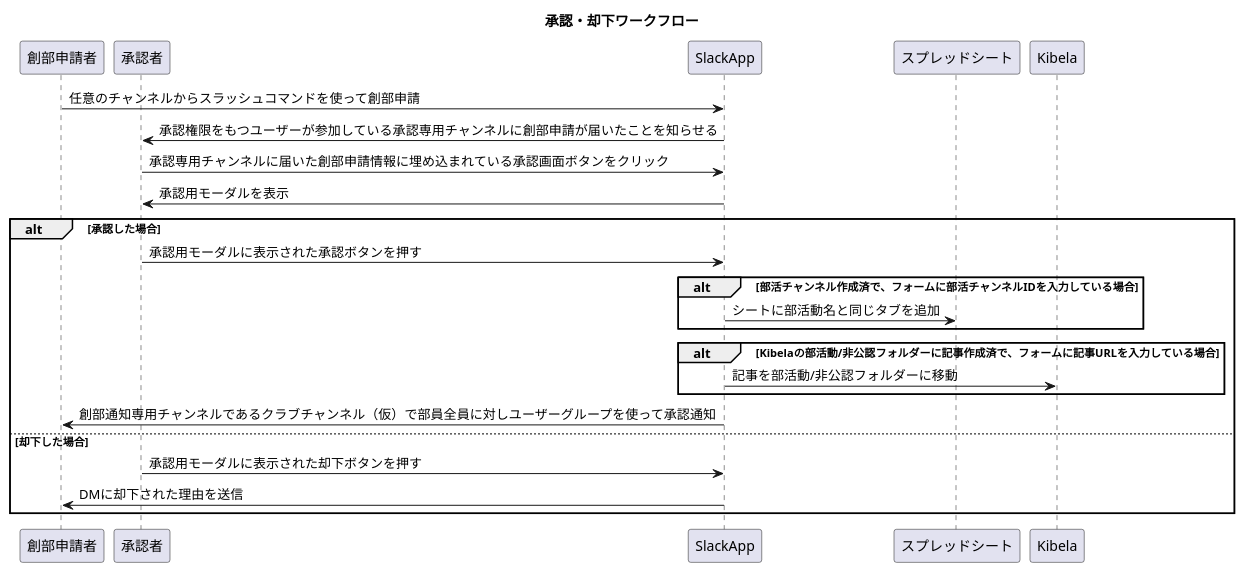
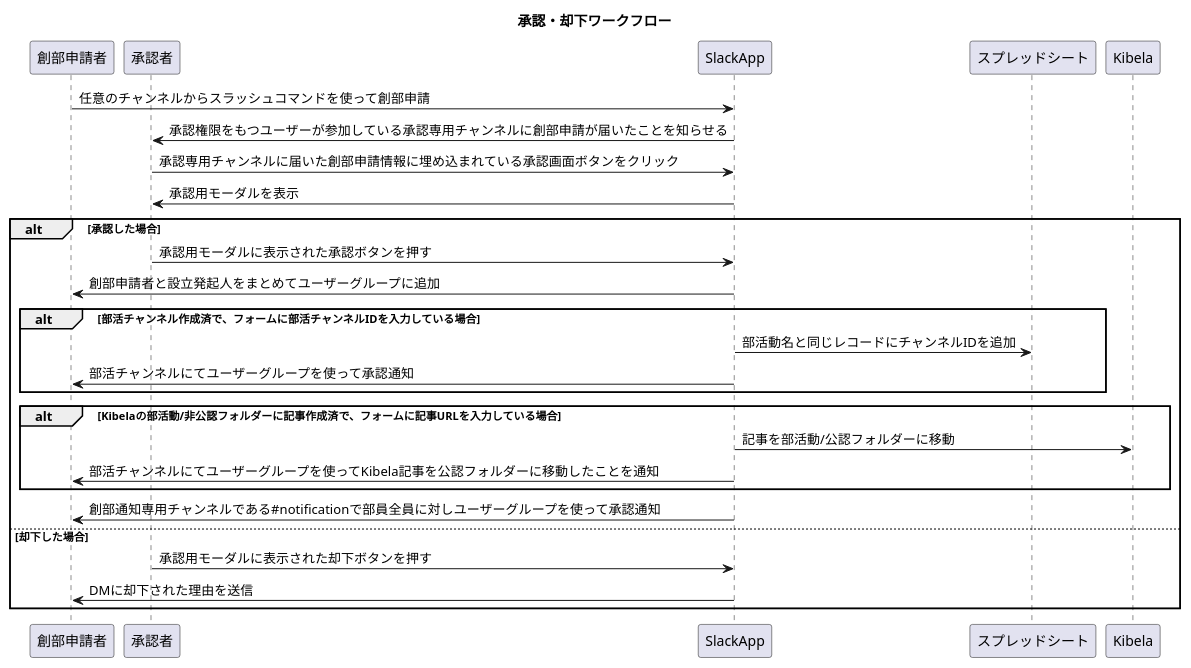
Before and after one commit to tam-bourine/club-entry-manager: the diagram in docs/sequence-diagram/ButtonFlow.pu, drawn with PlantUML.

Commit message:
update: Kibelaとスプレッドシートの列のレスポンス追加

```diff
--- a/docs/sequence-diagram/ButtonFlow.pu
+++ b/docs/sequence-diagram/ButtonFlow.pu
@@ -1,25 +1,28 @@
 @startuml
 title 承認・却下ワークフロー
 
 participant 創部申請者
 participant 承認者
 
 創部申請者 -> SlackApp: 任意のチャンネルからスラッシュコマンドを使って創部申請
 SlackApp -> 承認者: 承認権限をもつユーザーが参加している承認専用チャンネルに創部申請が届いたことを知らせる
 承認者 -> SlackApp: 承認専用チャンネルに届いた創部申請情報に埋め込まれている承認画面ボタンをクリック
 SlackApp -> 承認者: 承認用モーダルを表示
 
 alt 承認した場合
     承認者 -> SlackApp: 承認用モーダルに表示された承認ボタンを押す
+    SlackApp -> 創部申請者: 創部申請者と設立発起人をまとめてユーザーグループに追加
     alt 部活チャンネル作成済で、フォームに部活チャンネルIDを入力している場合
-        SlackApp -> スプレッドシート: シートに部活動名と同じタブを追加
+        SlackApp -> スプレッドシート: 部活動名と同じレコードにチャンネルIDを追加
+        SlackApp -> 創部申請者: 部活チャンネルにてユーザーグループを使って承認通知
     end
     alt Kibelaの部活動/非公認フォルダーに記事作成済で、フォームに記事URLを入力している場合
-        SlackApp -> Kibela: 記事を部活動/非公認フォルダーに移動
+        SlackApp -> Kibela: 記事を部活動/公認フォルダーに移動
+        創部申請者 <- SlackApp: 部活チャンネルにてユーザーグループを使ってKibela記事を公認フォルダーに移動したことを通知
     end
-    SlackApp -> 創部申請者: 創部通知専用チャンネルであるクラブチャンネル（仮）で部員全員に対しユーザーグループを使って承認通知
+    SlackApp -> 創部申請者: 創部通知専用チャンネルである#notificationで部員全員に対しユーザーグループを使って承認通知
 else 却下した場合
     承認者 -> SlackApp: 承認用モーダルに表示された却下ボタンを押す
     SlackApp -> 創部申請者: DMに却下された理由を送信
 end
 @enduml
```
